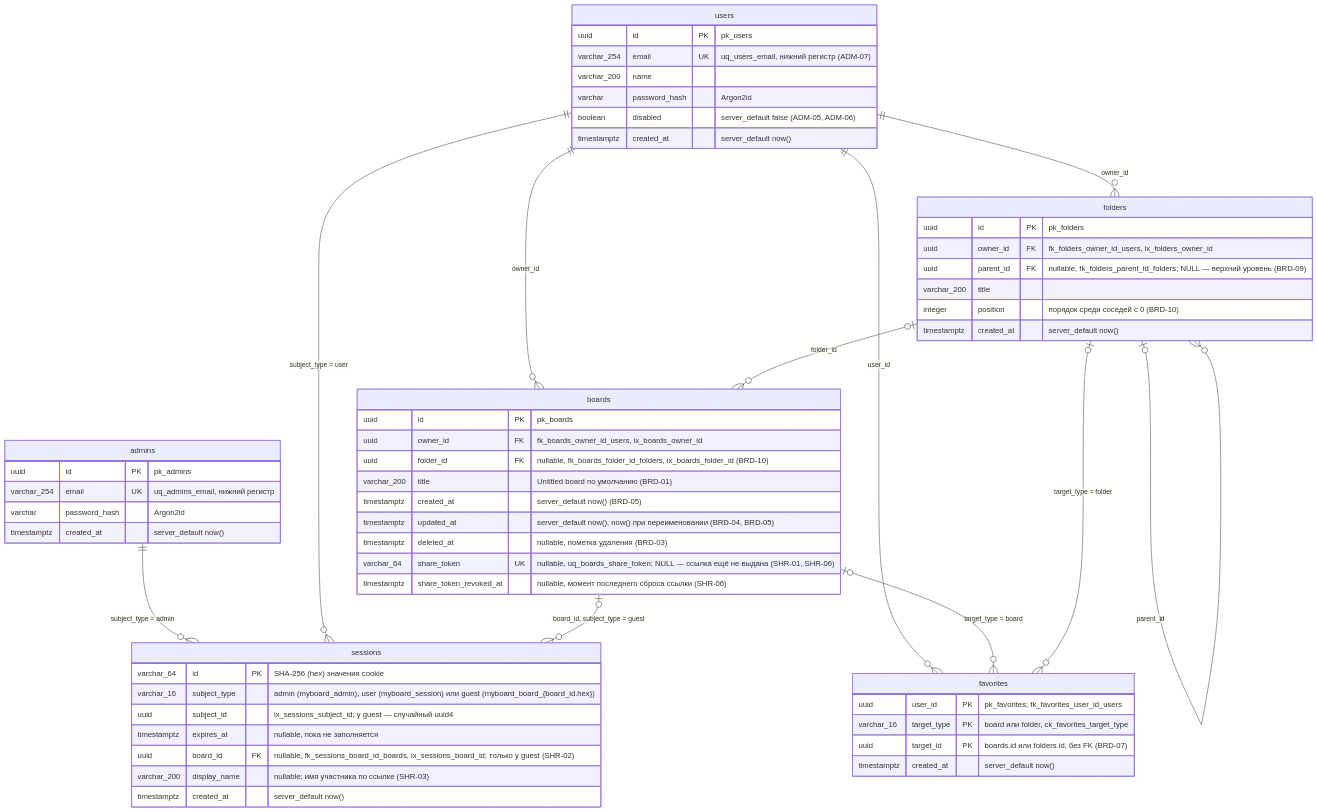
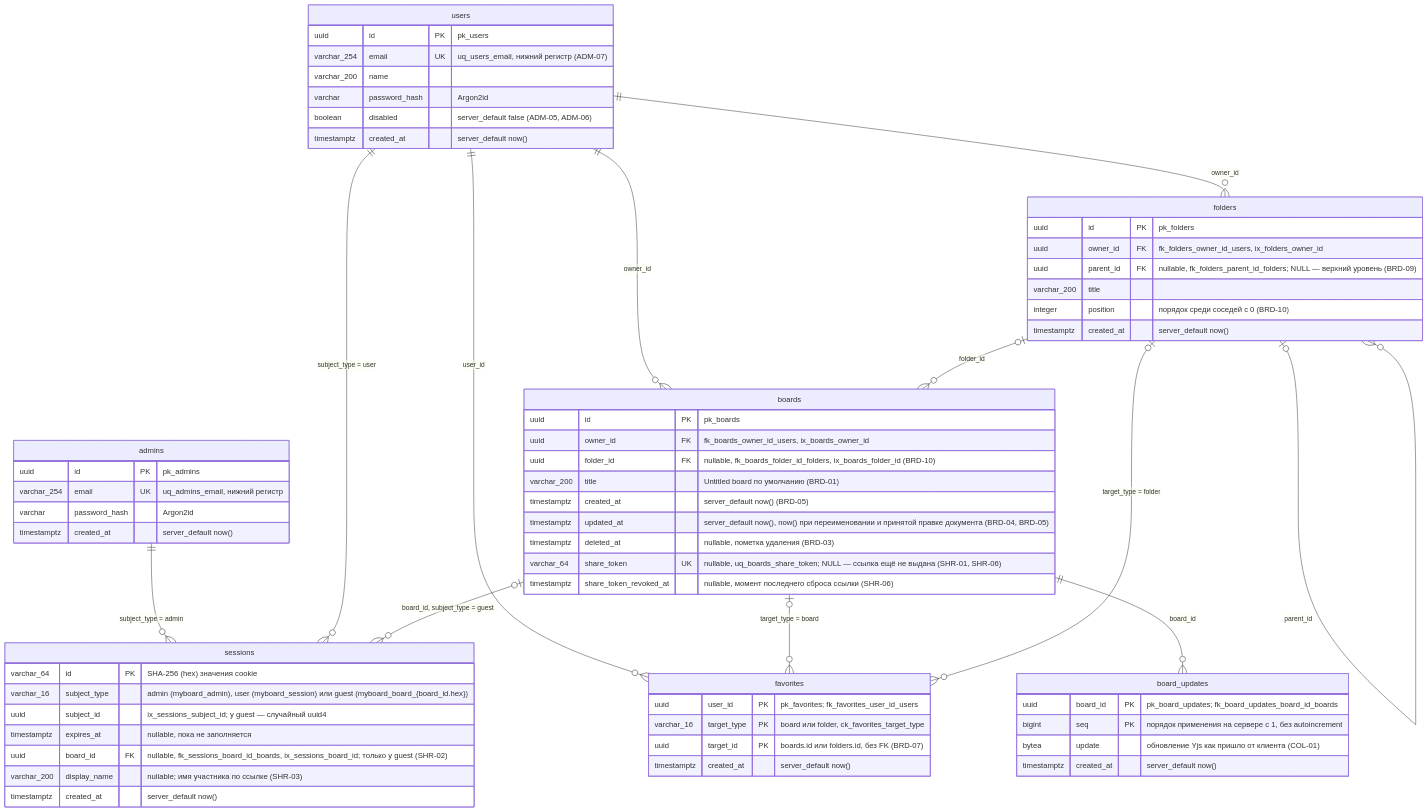
The diagram in uml/data-model.md (shumakove/myboard), drawn with Mermaid before and after one commit. The commit also changed other lines of this file and 9 other files, not shown here.

Commit message:
T4.1: Обновить UML-схемы синхронизации документа

````diff
--- a/uml/data-model.md
+++ b/uml/data-model.md
@@ -5,61 +5,68 @@
 ```mermaid
 erDiagram
   admins {
     uuid id PK "pk_admins"
     varchar_254 email UK "uq_admins_email, нижний регистр"
     varchar password_hash "Argon2id"
     timestamptz created_at "server_default now()"
   }
   users {
     uuid id PK "pk_users"
     varchar_254 email UK "uq_users_email, нижний регистр (ADM-07)"
     varchar_200 name
     varchar password_hash "Argon2id"
     boolean disabled "server_default false (ADM-05, ADM-06)"
     timestamptz created_at "server_default now()"
   }
   sessions {
     varchar_64 id PK "SHA-256 (hex) значения cookie"
     varchar_16 subject_type "admin (myboard_admin), user (myboard_session) или guest (myboard_board_{board_id.hex})"
     uuid subject_id "ix_sessions_subject_id; у guest — случайный uuid4"
     timestamptz expires_at "nullable, пока не заполняется"
     uuid board_id FK "nullable, fk_sessions_board_id_boards, ix_sessions_board_id; только у guest (SHR-02)"
     varchar_200 display_name "nullable; имя участника по ссылке (SHR-03)"
     timestamptz created_at "server_default now()"
   }
   folders {
     uuid id PK "pk_folders"
     uuid owner_id FK "fk_folders_owner_id_users, ix_folders_owner_id"
     uuid parent_id FK "nullable, fk_folders_parent_id_folders; NULL — верхний уровень (BRD-09)"
     varchar_200 title
     integer position "порядок среди соседей с 0 (BRD-10)"
     timestamptz created_at "server_default now()"
   }
   boards {
     uuid id PK "pk_boards"
     uuid owner_id FK "fk_boards_owner_id_users, ix_boards_owner_id"
     uuid folder_id FK "nullable, fk_boards_folder_id_folders, ix_boards_folder_id (BRD-10)"
     varchar_200 title "Untitled board по умолчанию (BRD-01)"
     timestamptz created_at "server_default now() (BRD-05)"
-    timestamptz updated_at "server_default now(), now() при переименовании (BRD-04, BRD-05)"
+    timestamptz updated_at "server_default now(), now() при переименовании и принятой правке документа (BRD-04, BRD-05)"
     timestamptz deleted_at "nullable, пометка удаления (BRD-03)"
     varchar_64 share_token UK "nullable, uq_boards_share_token; NULL — ссылка ещё не выдана (SHR-01, SHR-06)"
     timestamptz share_token_revoked_at "nullable, момент последнего сброса ссылки (SHR-06)"
   }
   favorites {
     uuid user_id PK "pk_favorites; fk_favorites_user_id_users"
     varchar_16 target_type PK "board или folder, ck_favorites_target_type"
     uuid target_id PK "boards.id или folders.id, без FK (BRD-07)"
+    timestamptz created_at "server_default now()"
+  }
+  board_updates {
+    uuid board_id PK "pk_board_updates; fk_board_updates_board_id_boards"
+    bigint seq PK "порядок применения на сервере с 1, без autoincrement"
+    bytea update "обновление Yjs как пришло от клиента (COL-01)"
     timestamptz created_at "server_default now()"
   }
   admins ||--o{ sessions : "subject_type = admin"
   users ||--o{ sessions : "subject_type = user"
   boards |o--o{ sessions : "board_id, subject_type = guest"
   users ||--o{ boards : "owner_id"
   users ||--o{ folders : "owner_id"
   folders |o--o{ folders : "parent_id"
   folders |o--o{ boards : "folder_id"
   users ||--o{ favorites : "user_id"
   boards |o--o{ favorites : "target_type = board"
   folders |o--o{ favorites : "target_type = folder"
+  boards ||--o{ board_updates : "board_id"
 ```
````
